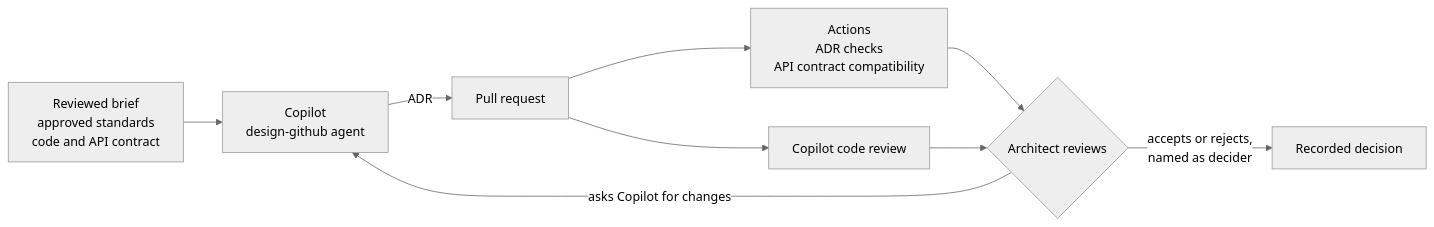
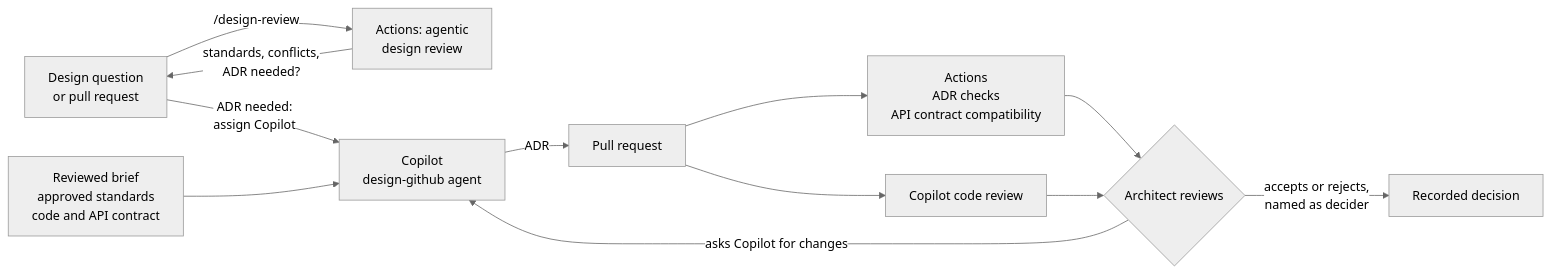
One commit to melabadi/adept-assessment-northstars changed the diagram in solutions/02-design-github/README.md. Above: the diagram before and after it, drawn with Mermaid (neutral theme). The commit also changed other lines of this file and 7 other files, not shown here.

First line of the commit message:
02-design-github: an agentic design review on /design-review (gh-aw v1.2.2)

````diff
--- a/solutions/02-design-github/README.md
+++ b/solutions/02-design-github/README.md
@@ -36,11 +37,14 @@
 ```mermaid
 flowchart LR
-  I[Reviewed brief<br/>approved standards<br/>code and API contract] --> C[Copilot<br/>design-github agent]
+  Q[Design question<br/>or pull request] -->|"/design-review"| G[Actions: agentic<br/>design review]
+  G -->|standards, conflicts,<br/>ADR needed?| Q
+  Q -->|ADR needed:<br/>assign Copilot| C[Copilot<br/>design-github agent]
+  I[Reviewed brief<br/>approved standards<br/>code and API contract] --> C
   C -->|ADR| PR[Pull request]
   PR --> A[Actions<br/>ADR checks<br/>API contract compatibility]
   PR --> R[Copilot code review]
   A --> H{Architect reviews}
   R --> H
   H -->|asks Copilot for changes| C
   H -->|accepts or rejects,<br/>named as decider| D[Recorded decision]
 ```
````
